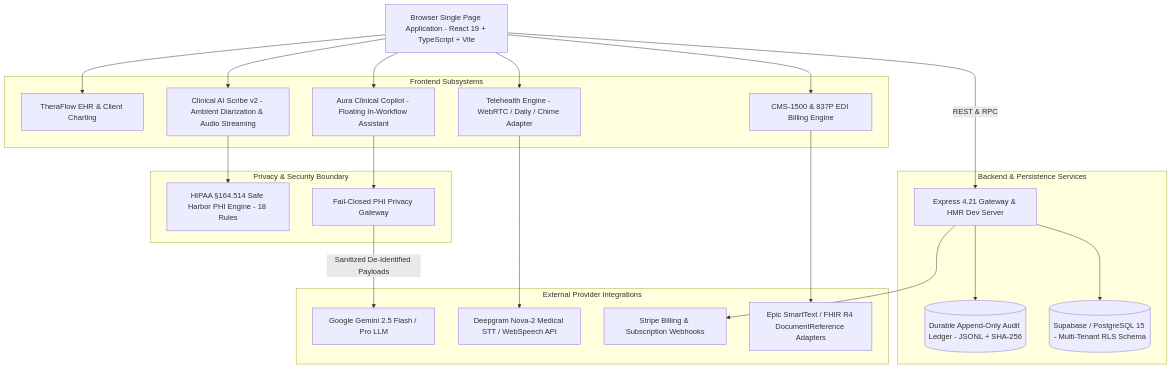
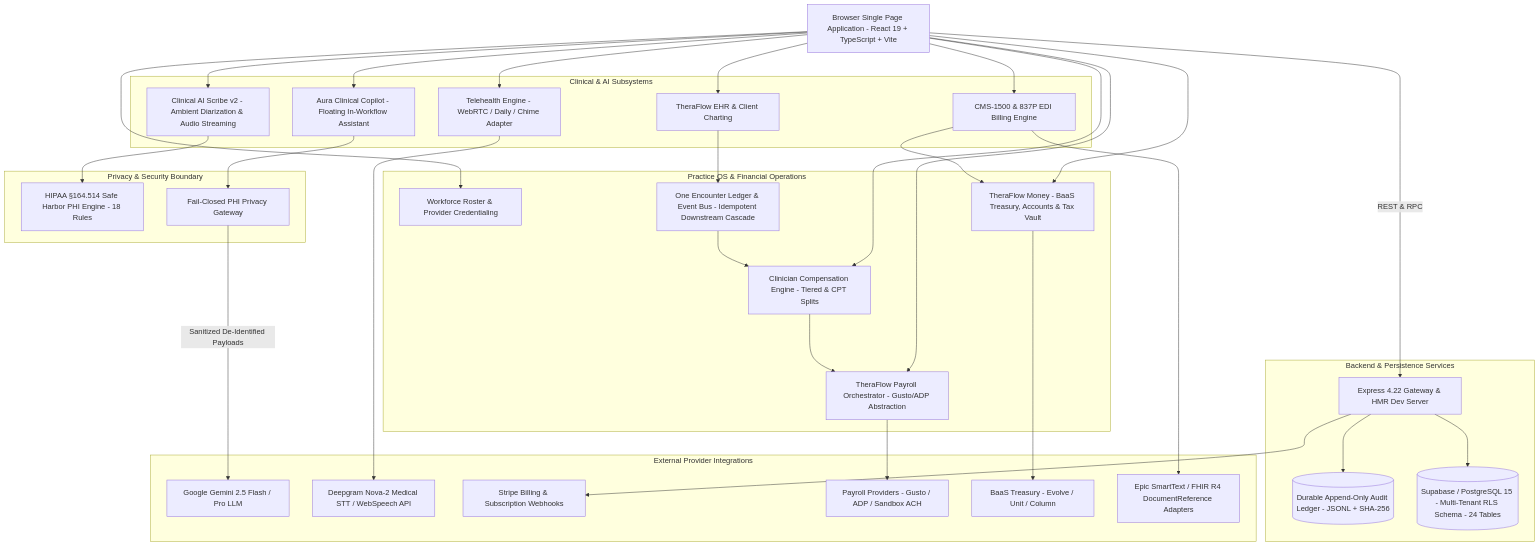
Before and after one commit to alexmarshiamft/clinical_saas_launch: the diagram in ARCHITECTURE.md, drawn with Mermaid. The commit also changed 29 other files, not shown here.

Commit message:
feat(practice-os): expand TheraFlow into Unified Practice Operating System (Workforce, Compensation Engine, Payroll Orchestrator, TheraFlow Money BaaS, and Unified Encounter Ledger)

````diff
--- a/ARCHITECTURE.md
+++ b/ARCHITECTURE.md
@@ -13,47 +13,68 @@
 ```mermaid
 graph TD
     Client[Browser Single Page Application - React 19 + TypeScript + Vite]
     
-    subgraph Frontend Subsystems
+    subgraph Clinical & AI Subsystems
         EHR[TheraFlow EHR & Client Charting]
         Telehealth[Telehealth Engine - WebRTC / Daily / Chime Adapter]
         Scribe[Clinical AI Scribe v2 - Ambient Diarization & Audio Streaming]
         Aura[Aura Clinical Copilot - Floating In-Workflow Assistant]
         Billing[CMS-1500 & 837P EDI Billing Engine]
+    end
+
+    subgraph Practice OS & Financial Operations
+        Workforce[Workforce Roster & Provider Credentialing]
+        CompEngine[Clinician Compensation Engine - Tiered & CPT Splits]
+        PayrollOrch[TheraFlow Payroll Orchestrator - Gusto/ADP Abstraction]
+        EmbeddedMoney[TheraFlow Money - BaaS Treasury, Accounts & Tax Vault]
+        UnifiedLedger[One Encounter Ledger & Event Bus - Idempotent Downstream Cascade]
     end
 
     subgraph Privacy & Security Boundary
         LocalScrubber[HIPAA §164.514 Safe Harbor PHI Engine - 18 Rules]
         Gateway[Fail-Closed PHI Privacy Gateway]
     end
 
     subgraph Backend & Persistence Services
-        NodeServer[Express 4.21 Gateway & HMR Dev Server]
+        NodeServer[Express 4.22 Gateway & HMR Dev Server]
         DurableLedger[(Durable Append-Only Audit Ledger - JSONL + SHA-256)]
-        Supabase[(Supabase / PostgreSQL 15 - Multi-Tenant RLS Schema)]
+        Supabase[(Supabase / PostgreSQL 15 - Multi-Tenant RLS Schema - 24 Tables)]
     end
 
     subgraph External Provider Integrations
         Gemini[Google Gemini 2.5 Flash / Pro LLM]
         Deepgram[Deepgram Nova-2 Medical STT / WebSpeech API]
         StripeAPI[Stripe Billing & Subscription Webhooks]
+        PayrollAPI[Payroll Providers - Gusto / ADP / Sandbox ACH]
+        BaaS_API[BaaS Treasury - Evolve / Unit / Column]
         EHR_Export[Epic SmartText / FHIR R4 DocumentReference Adapters]
     end
 
     Client --> EHR
     Client --> Telehealth
     Client --> Scribe
     Client --> Aura
     Client --> Billing
+    Client --> Workforce
+    Client --> CompEngine
+    Client --> PayrollOrch
+    Client --> EmbeddedMoney
+
+    EHR --> UnifiedLedger
+    UnifiedLedger --> CompEngine
+    CompEngine --> PayrollOrch
+    PayrollOrch --> PayrollAPI
+    Billing --> EmbeddedMoney
+    EmbeddedMoney --> BaaS_API
 
     Scribe --> LocalScrubber
     Aura --> Gateway
     Gateway -->|Sanitized De-Identified Payloads| Gemini
     Telehealth --> Deepgram
 
     Client -->|REST & RPC| NodeServer
     NodeServer --> DurableLedger
     NodeServer --> Supabase
     NodeServer --> StripeAPI
     Billing --> EHR_Export
 ```
````
